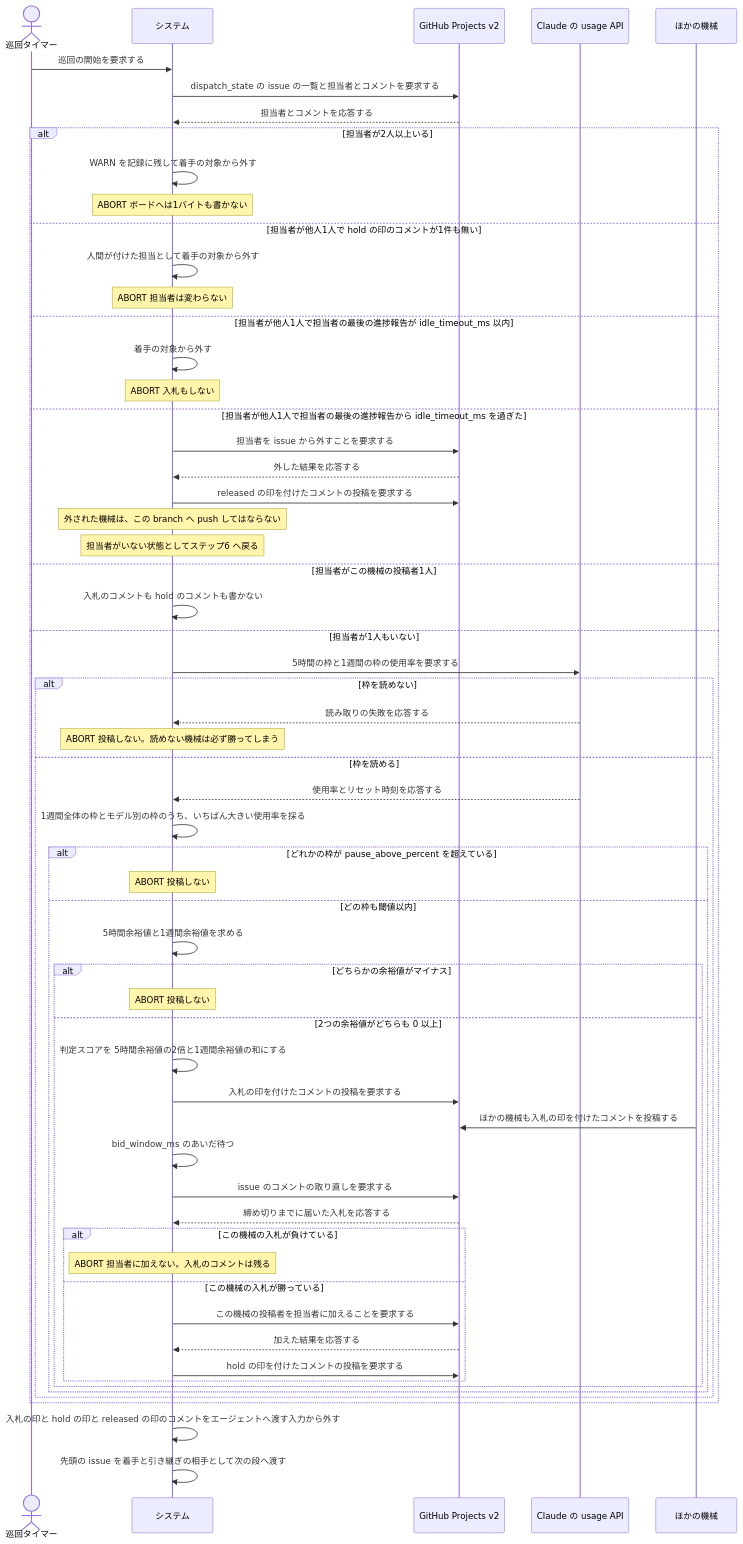
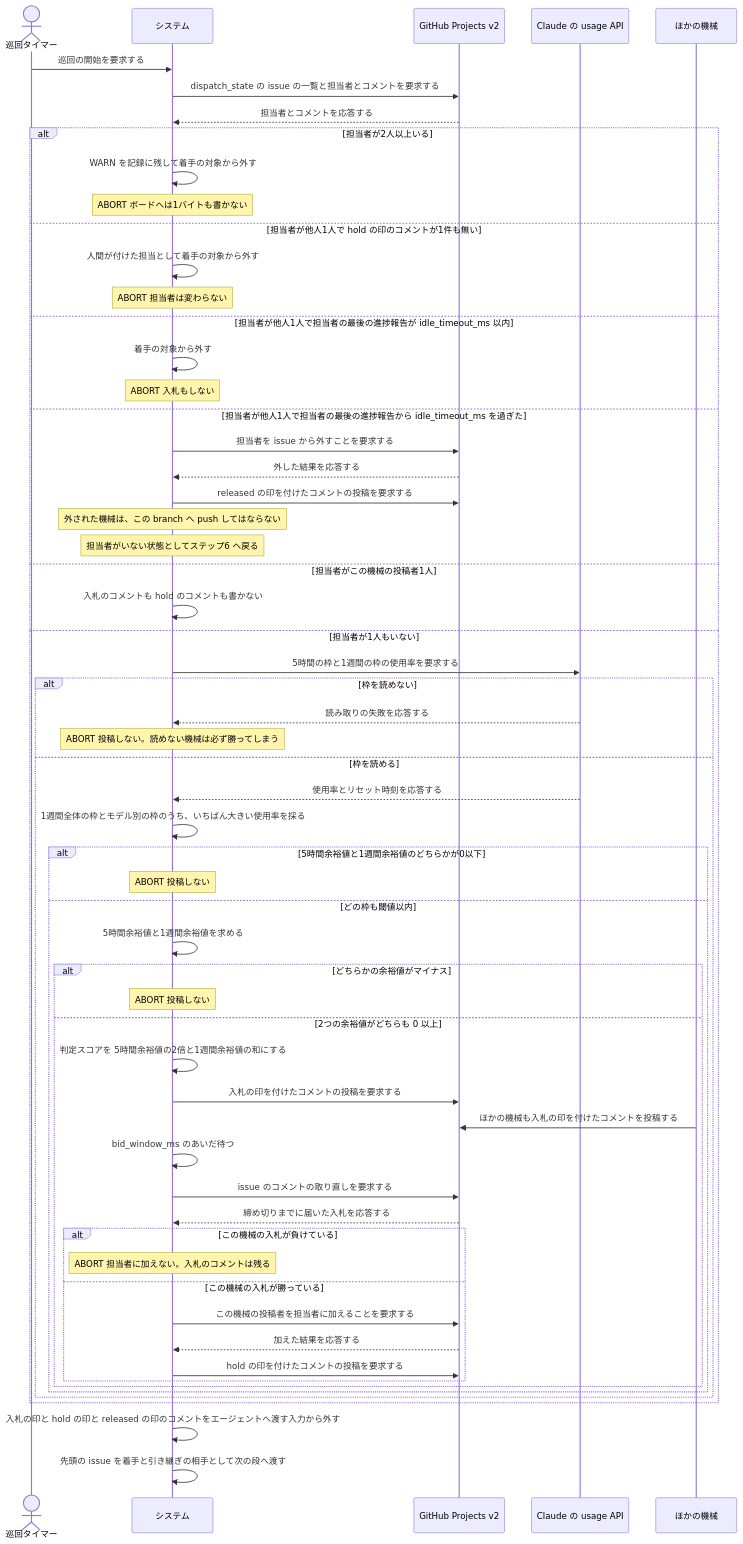
The second of 2 diagrams in docs/spec/usecases/particular_case/issue の担当を入札で決める.rucm.md (maimuzo/continuo), drawn with Mermaid before and after one commit. The commit also changed other lines of this file and 18 other files, not shown here.

First line of the commit message:
文書と RUCM を余裕値の1本の線へ揃える pause_above_percent の移行手順を書く

````diff
--- a/docs/spec/usecases/particular_case/issue の担当を入札で決める.rucm.md
+++ b/docs/spec/usecases/particular_case/issue の担当を入札で決める.rucm.md
@@ -416,63 +410,63 @@
 ```mermaid
 sequenceDiagram
     actor T as 巡回タイマー
     participant S as システム
     participant GH as GitHub Projects v2
     participant Q as Claude の usage API
     participant M as ほかの機械
 
     T->>S: 巡回の開始を要求する
     S->>GH: dispatch_state の issue の一覧と担当者とコメントを要求する
     GH-->>S: 担当者とコメントを応答する
     alt 担当者が2人以上いる
         S->>S: WARN を記録に残して着手の対象から外す
         Note over S: ABORT ボードへは1バイトも書かない
     else 担当者が他人1人で hold の印のコメントが1件も無い
         S->>S: 人間が付けた担当として着手の対象から外す
         Note over S: ABORT 担当者は変わらない
     else 担当者が他人1人で担当者の最後の進捗報告が idle_timeout_ms 以内
         S->>S: 着手の対象から外す
         Note over S: ABORT 入札もしない
     else 担当者が他人1人で担当者の最後の進捗報告から idle_timeout_ms を過ぎた
         S->>GH: 担当者を issue から外すことを要求する
         GH-->>S: 外した結果を応答する
         S->>GH: released の印を付けたコメントの投稿を要求する
         Note over S: 外された機械は、この branch へ push してはならない
         Note over S: 担当者がいない状態としてステップ6 へ戻る
     else 担当者がこの機械の投稿者1人
         S->>S: 入札のコメントも hold のコメントも書かない
     else 担当者が1人もいない
         S->>Q: 5時間の枠と1週間の枠の使用率を要求する
         alt 枠を読めない
             Q-->>S: 読み取りの失敗を応答する
             Note over S: ABORT 投稿しない。読めない機械は必ず勝ってしまう
         else 枠を読める
             Q-->>S: 使用率とリセット時刻を応答する
             S->>S: 1週間全体の枠とモデル別の枠のうち、いちばん大きい使用率を採る
-            alt どれかの枠が pause_above_percent を超えている
+            alt 5時間余裕値と1週間余裕値のどちらかが0以下
                 Note over S: ABORT 投稿しない
             else どの枠も閾値以内
                 S->>S: 5時間余裕値と1週間余裕値を求める
                 alt どちらかの余裕値がマイナス
                     Note over S: ABORT 投稿しない
                 else 2つの余裕値がどちらも 0 以上
                     S->>S: 判定スコアを 5時間余裕値の2倍と1週間余裕値の和にする
                     S->>GH: 入札の印を付けたコメントの投稿を要求する
                     M->>GH: ほかの機械も入札の印を付けたコメントを投稿する
                     S->>S: bid_window_ms のあいだ待つ
                     S->>GH: issue のコメントの取り直しを要求する
                     GH-->>S: 締め切りまでに届いた入札を応答する
                     alt この機械の入札が負けている
                         Note over S: ABORT 担当者に加えない。入札のコメントは残る
                     else この機械の入札が勝っている
                         S->>GH: この機械の投稿者を担当者に加えることを要求する
                         GH-->>S: 加えた結果を応答する
                         S->>GH: hold の印を付けたコメントの投稿を要求する
                     end
                 end
             end
         end
     end
     S->>S: 入札の印と hold の印と released の印のコメントをエージェントへ渡す入力から外す
     S->>S: 先頭の issue を着手と引き継ぎの相手として次の段へ渡す
 ```
````
